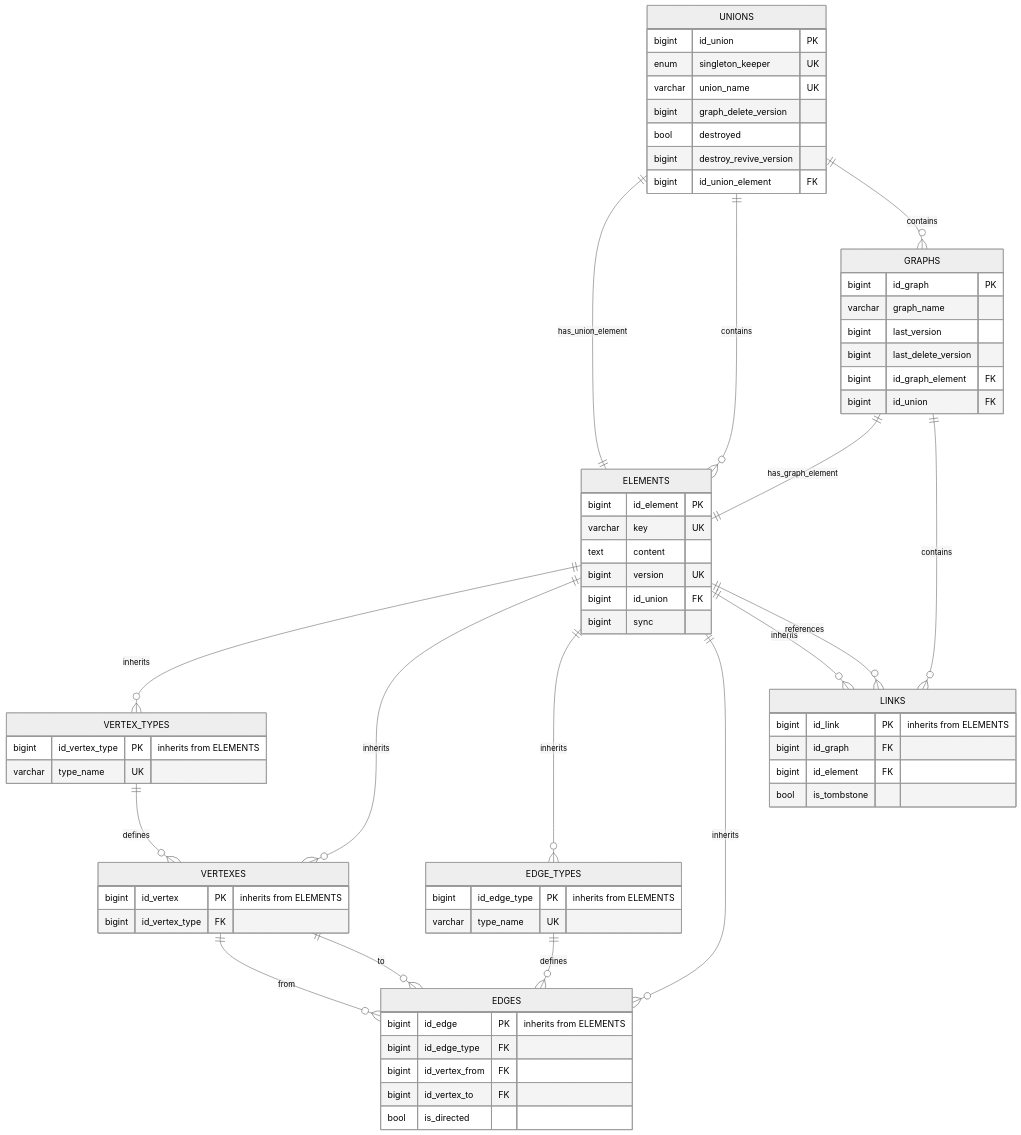
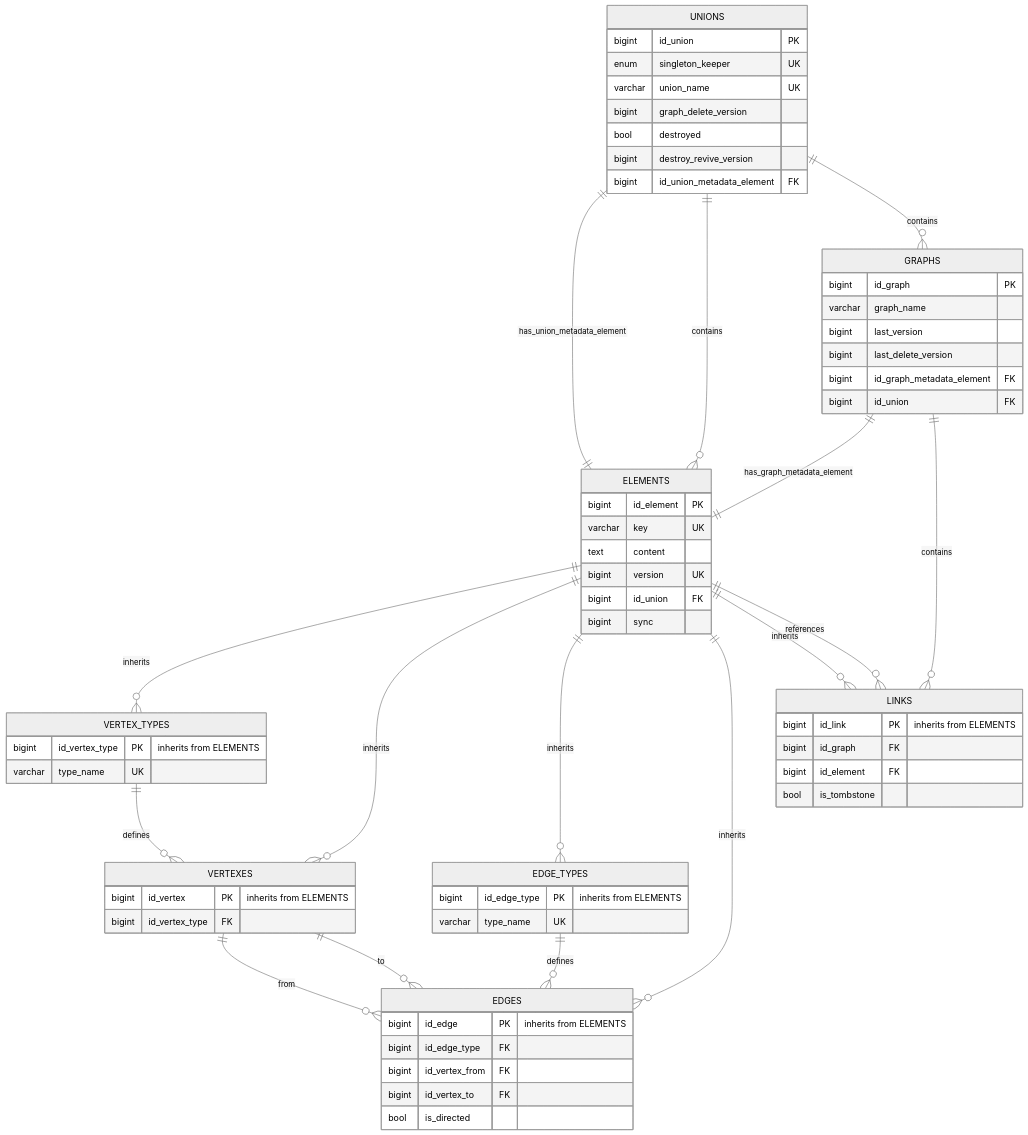
One commit to flower-org/ViUn changed the diagram in ViUn source DB (legacy).md. Above: the diagram before and after it, drawn with Mermaid (neutral theme).

Commit message:
Update ViUn source DB (legacy).md

````diff
--- a/ViUn source DB (legacy).md
+++ b/ViUn source DB (legacy).md
@@ -5,75 +5,75 @@
 ```mermaid
 erDiagram
-    UNIONS ||--|| ELEMENTS : "has_union_element"
+    UNIONS ||--|| ELEMENTS : "has_union_metadata_element"
     UNIONS ||--o{ ELEMENTS : contains
     UNIONS ||--o{ GRAPHS : contains
     UNIONS {
         bigint id_union PK
         enum singleton_keeper UK
         varchar union_name UK
         bigint graph_delete_version
         bool destroyed
         bigint destroy_revive_version
-        bigint id_union_element FK
+        bigint id_union_metadata_element FK
     }
 
     ELEMENTS ||--o{ VERTEX_TYPES : "inherits"
     ELEMENTS ||--o{ VERTEXES : "inherits"
     ELEMENTS ||--o{ EDGE_TYPES : "inherits"
     ELEMENTS ||--o{ EDGES : "inherits"
     ELEMENTS ||--o{ LINKS : "inherits"
     ELEMENTS ||--o{ LINKS : references
     ELEMENTS {
         bigint id_element PK
         varchar key UK
         text content
         bigint version UK
         bigint id_union FK
         bigint sync
     }
 
     VERTEX_TYPES ||--o{ VERTEXES : "defines"
     VERTEX_TYPES {
         bigint id_vertex_type PK "inherits from ELEMENTS"
         varchar type_name UK
     }
 
     VERTEXES ||--o{ EDGES : "from"
     VERTEXES ||--o{ EDGES : "to"
     VERTEXES {
         bigint id_vertex PK "inherits from ELEMENTS"
         bigint id_vertex_type FK
     }
 
     EDGE_TYPES {
         bigint id_edge_type PK "inherits from ELEMENTS"
         varchar type_name UK
     }
 
     EDGE_TYPES ||--o{ EDGES : "defines"
     EDGES {
         bigint id_edge PK "inherits from ELEMENTS"
         bigint id_edge_type FK
         bigint id_vertex_from FK
         bigint id_vertex_to FK
         bool is_directed
     }
 
-    GRAPHS ||--|| ELEMENTS : "has_graph_element"
+    GRAPHS ||--|| ELEMENTS : "has_graph_metadata_element"
     GRAPHS ||--o{ LINKS : contains
     GRAPHS {
         bigint id_graph PK
         varchar graph_name
         bigint last_version
         bigint last_delete_version
-        bigint id_graph_element FK
+        bigint id_graph_metadata_element FK
         bigint id_union FK
     }
 
     LINKS {
         bigint id_link PK "inherits from ELEMENTS"
         bigint id_graph FK
         bigint id_element FK
         bool is_tombstone
     }
 ```
````
